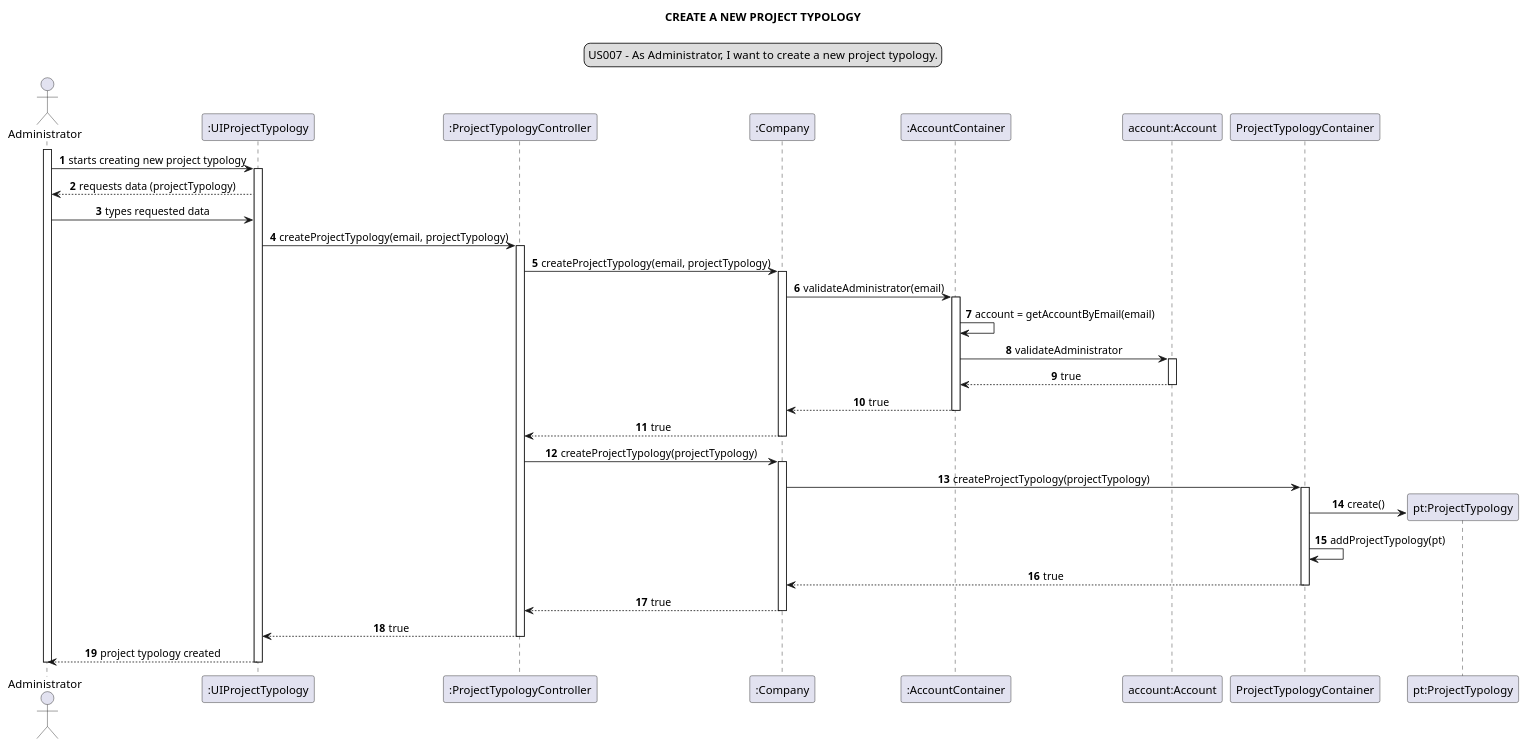
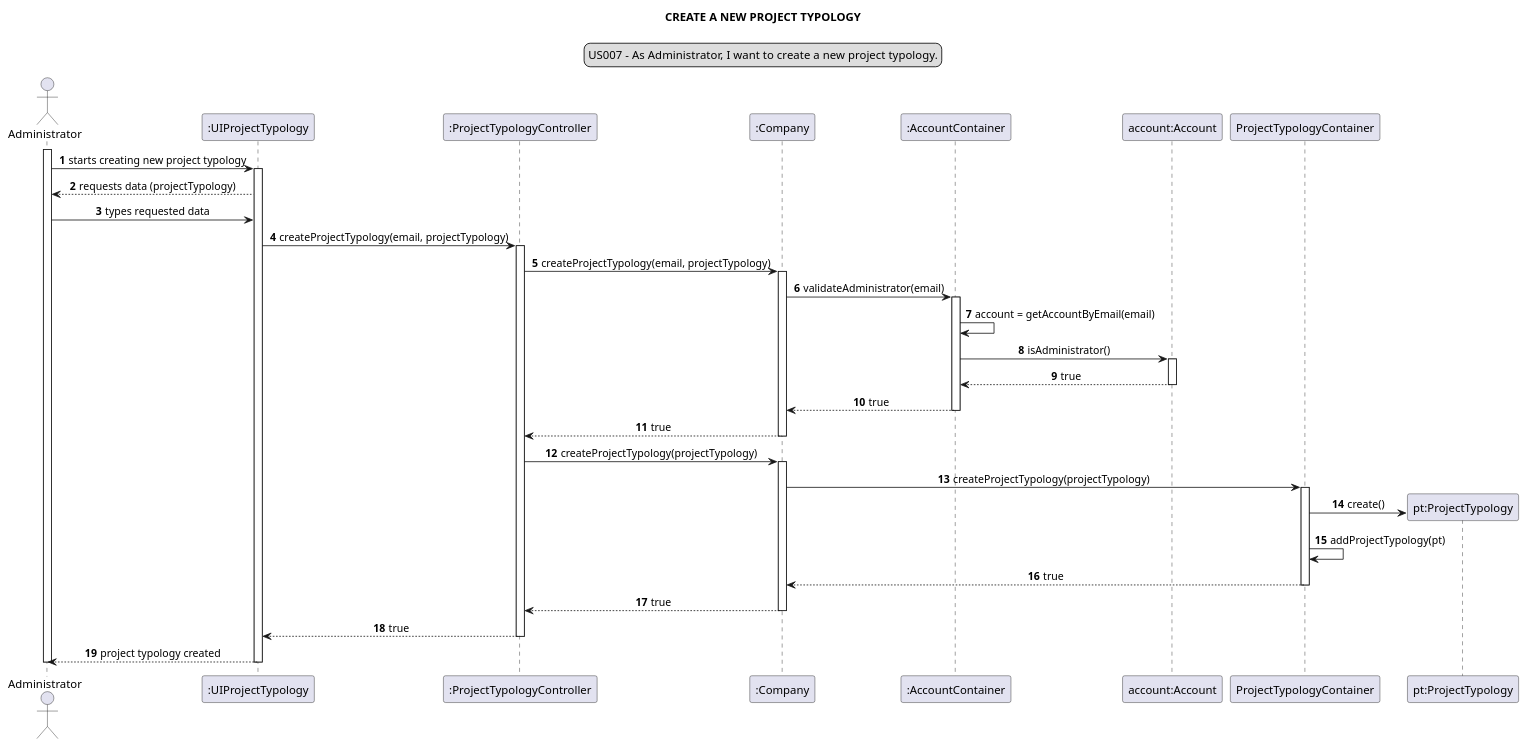
The diagram in docs/modelling_design/user_stories/sprint02/us007/US007_sequenceDiagram.puml (Loracline/project_switch_22-23), drawn with PlantUML before and after one commit. The commit also changed 3 other files, not shown here.

Commit message:
US007: Design: image replacement US007_classDiagram, US007_sequenceDiagram

```diff
--- a/docs/modelling_design/user_stories/sprint02/us007/US007_sequenceDiagram.puml
+++ b/docs/modelling_design/user_stories/sprint02/us007/US007_sequenceDiagram.puml
@@ -1,58 +1,58 @@
 @startuml
 'https://plantuml.com/sequence-diagram
 
 autonumber
 skinparam sequenceMessageAlign center
 title CREATE A NEW PROJECT TYPOLOGY
 legend top
 US007 - As Administrator, I want to create a new project typology.
 end legend
 
 actor Administrator as a
 participant ":UIProjectTypology" as ui
 participant ":ProjectTypologyController" as ct
 participant ":Company" as c
 participant ":AccountContainer" as acc
 participant "account:Account" as ac
 participant "ProjectTypologyContainer" as ptc
 participant "pt:ProjectTypology" as pty
 
 
 activate a
 a -> ui: starts creating new project typology
 activate ui
 ui --> a: requests data (projectTypology)
 a -> ui: types requested data
 ui -> ct: createProjectTypology(email, projectTypology)
 activate ct
 ct -> c: createProjectTypology(email, projectTypology)
 activate c
 c -> acc: validateAdministrator(email)
 activate acc
 acc -> acc: account = getAccountByEmail(email)
-acc -> ac: validateAdministrator
+acc -> ac: isAdministrator()
 activate ac
 ac --> acc: true
 deactivate ac
 acc --> c: true
 deactivate acc
 c --> ct: true
 deactivate c
 ct -> c: createProjectTypology(projectTypology)
 activate c
 c -> ptc: createProjectTypology(projectTypology)
 activate ptc
 create pty
 ptc -> pty: create()
 ptc -> ptc: addProjectTypology(pt)
 ptc --> c: true
 deactivate ptc
 c --> ct: true
 deactivate c
 ct --> ui: true
 deactivate ct
 ui --> a: project typology created
 deactivate ui
 
 deactivate a
 @enduml
```
